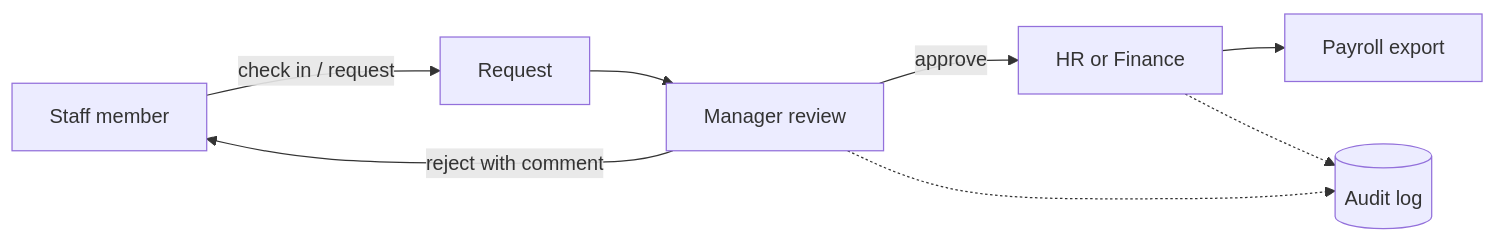
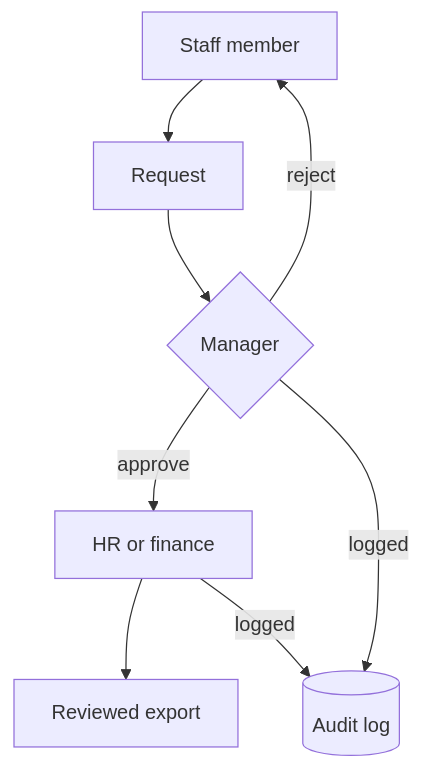
The diagram in README.md (Mohanad1st/lfw-hr-system-showcase), drawn with Mermaid before and after one commit. The commit also changed other lines of this file and 2 other files, not shown here.

Commit message:
docs: align case study for ICAIRE and Coefficient Giving review
Calibrated claims and statuses, honest limits, corrected Arabic (AI-drafted: needs native review), phone-legible banner, top-to-bottom diagrams with text descriptions, descriptive alt text.

````diff
--- a/README.md
+++ b/README.md
@@ -26,10 +28,12 @@
 ```mermaid
-flowchart LR
-  S[Staff member] -->|check in / request| R[Request]
-  R --> M[Manager review]
-  M -->|approve| H[HR or Finance]
-  M -->|reject with comment| S
-  H --> E[Payroll export]
-  M -.-> L[(Audit log)]
-  H -.-> L
+flowchart TD
+  accTitle: How a request moves through the HR system
+  accDescr: A staff member checks in or makes a request, a manager approves or rejects it with a comment, approved items go to HR or finance and then to a reviewed payroll export, and approvals are logged.
+  S[Staff member] --> R[Request]
+  R --> M{Manager}
+  M -- reject --> S
+  M -- approve --> H[HR or finance]
+  H --> E[Reviewed export]
+  M -- logged --> L[(Audit log)]
+  H -- logged --> L
 ```
````
